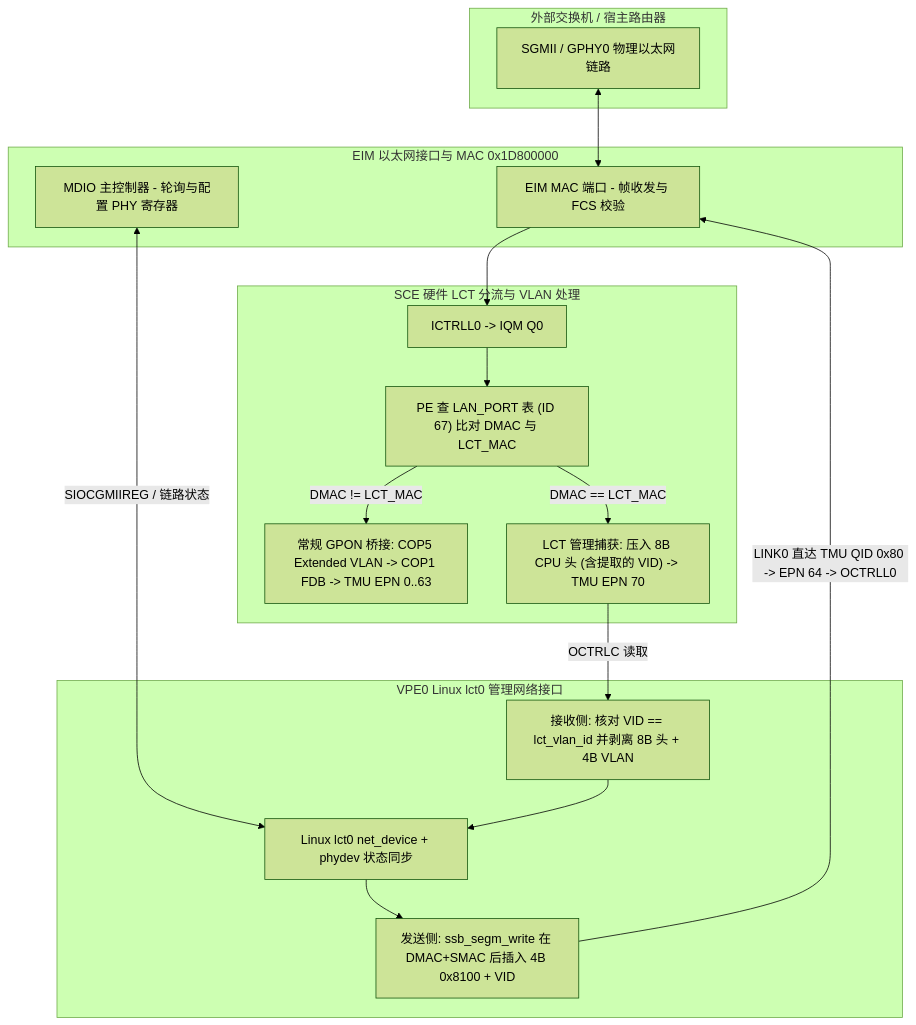
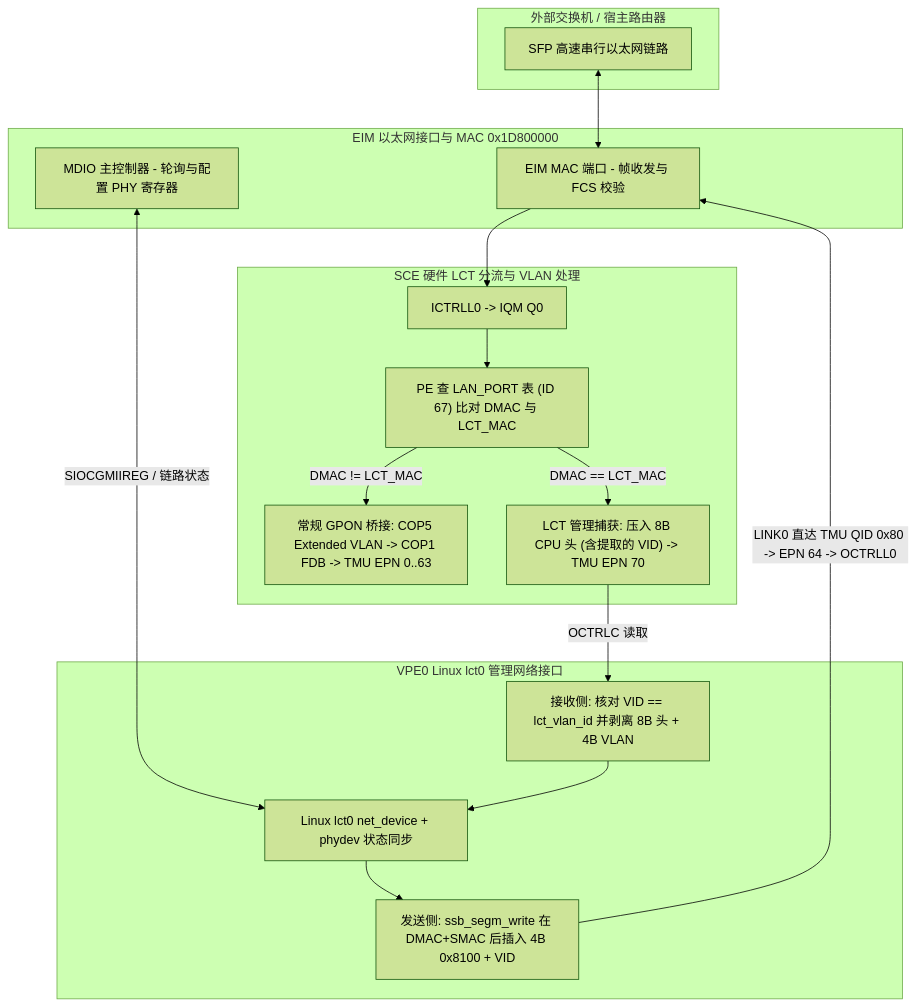
The fifth of 5 diagrams in 08_data_flow/05_cpu_tap_and_mgmt_path.md (difanz/lantiq-falcon-s-docs), drawn with Mermaid (forest theme) before and after one commit. The commit also changed other lines of this file and 52 other files, not shown here.

````diff
--- a/08_data_flow/05_cpu_tap_and_mgmt_path.md
+++ b/08_data_flow/05_cpu_tap_and_mgmt_path.md
@@ -279,32 +278,32 @@
 ```mermaid
 flowchart TD
     subgraph EXT_HOST["外部交换机 / 宿主路由器"]
-        PHY_LINK["SGMII / GPHY0 物理以太网链路"]
+        PHY_LINK["SFP 高速串行以太网链路"]
     end
 
     subgraph EIM_MAC["EIM 以太网接口与 MAC 0x1D800000"]
         MDIO_BUS["MDIO 主控制器 - 轮询与配置 PHY 寄存器"]
         MAC0["EIM MAC 端口 - 帧收发与 FCS 校验"]
     end
 
     subgraph GPE_SPLIT["SCE 硬件 LCT 分流与 VLAN 处理"]
         ICTRLL0["ICTRLL0 -> IQM Q0"]
         PE_LCT["PE 查 LAN_PORT 表 (ID 67) 比对 DMAC 与 LCT_MAC"]
         USER_BRIDGE["常规 GPON 桥接: COP5 Extended VLAN -> COP1 FDB -> TMU EPN 0..63"]
         LCT_TRAP["LCT 管理捕获: 压入 8B CPU 头 (含提取的 VID) -> TMU EPN 70"]
     end
 
     subgraph LINUX_LCT["VPE0 Linux lct0 管理网络接口"]
         RX_VLAN_CHK["接收侧: 核对 VID == lct_vlan_id 并剥离 8B 头 + 4B VLAN"]
         TX_VLAN_INS["发送侧: ssb_segm_write 在 DMAC+SMAC 后插入 4B 0x8100 + VID"]
         LCT_NETDEV["Linux lct0 net_device + phydev 状态同步"]
     end
 
     PHY_LINK <--> MAC0
     MDIO_BUS <-->|SIOCGMIIREG / 链路状态| LCT_NETDEV
     MAC0 --> ICTRLL0 --> PE_LCT
     PE_LCT -->|DMAC != LCT_MAC| USER_BRIDGE
     PE_LCT -->|DMAC == LCT_MAC| LCT_TRAP
     LCT_TRAP -->|OCTRLC 读取| RX_VLAN_CHK --> LCT_NETDEV
     LCT_NETDEV --> TX_VLAN_INS -->|LINK0 直达 TMU QID 0x80 -> EPN 64 -> OCTRLL0| MAC0
 ```
````
